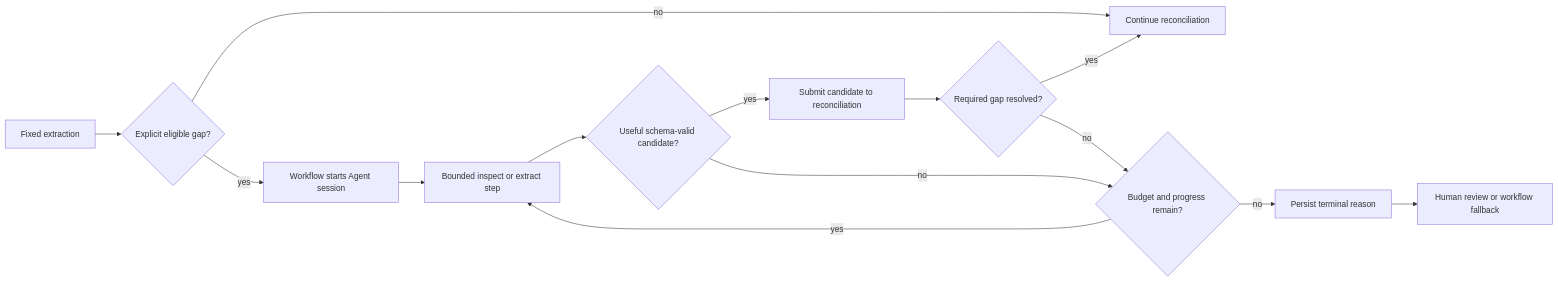
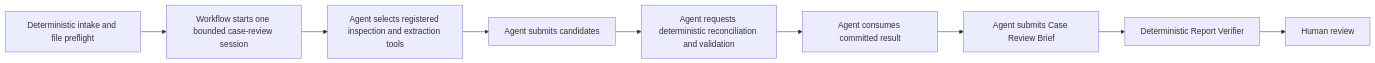
The first of 4 diagrams in specs/components/ADAPTIVE_EXTRACTION_AGENT.md (skang10/fin-processing-agent), drawn with Mermaid before and after one commit. The commit also changed other lines of this file and 2 other files, not shown here.

Commit message:
docs: approve agent-led case review contract

````diff
--- a/specs/components/ADAPTIVE_EXTRACTION_AGENT.md
+++ b/specs/components/ADAPTIVE_EXTRACTION_AGENT.md
@@ -45,16 +45,11 @@
 ```mermaid
 flowchart LR
-    A[Fixed extraction] --> B{Explicit eligible gap?}
-    B -- no --> C[Continue reconciliation]
-    B -- yes --> D[Workflow starts Agent session]
-    D --> E[Bounded inspect or extract step]
-    E --> F{Useful schema-valid candidate?}
-    F -- yes --> G[Submit candidate to reconciliation]
-    F -- no --> H{Budget and progress remain?}
-    H -- yes --> E
-    H -- no --> I[Persist terminal reason]
-    G --> J{Required gap resolved?}
-    J -- yes --> C
-    J -- no --> H
-    I --> K[Human review or workflow fallback]
+    A[Deterministic intake and file preflight] --> B[Workflow starts one bounded case-review session]
+    B --> C[Agent selects registered inspection and extraction tools]
+    C --> D[Agent submits candidates]
+    D --> E[Agent requests deterministic reconciliation and validation]
+    E --> F[Agent consumes committed result]
+    F --> G[Agent submits Case Review Brief]
+    G --> H[Deterministic Report Verifier]
+    H --> I[Human review]
 ```
````
